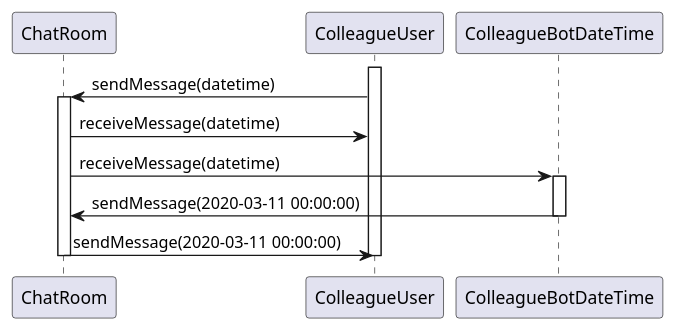
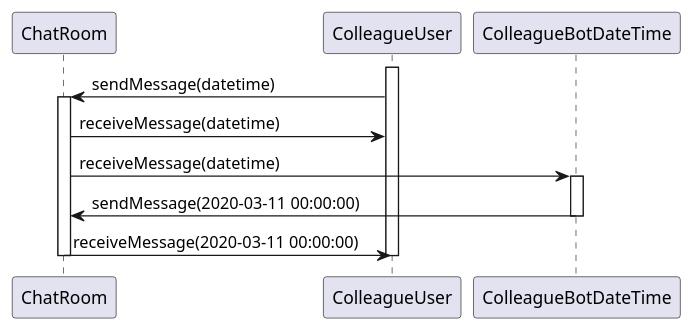
Before and after one commit to windowforsun/blog: the diagram in plantuml/designpattern/concept-mediator-3.plantuml, drawn with PlantUML. The commit also changed 1 other file, not shown here.

Commit message:
mediator 패턴 스퀀스다이어그램 오타 수정

```diff
--- a/plantuml/designpattern/concept-mediator-3.plantuml
+++ b/plantuml/designpattern/concept-mediator-3.plantuml
@@ -1,23 +1,23 @@
 @startuml
 
 participant ChatRoom
 participant ColleagueUser
 participant ColleagueBotDateTime
 
 activate ColleagueUser
 ColleagueUser -> ChatRoom : sendMessage(datetime)
 activate ChatRoom
 
 ChatRoom -> ColleagueUser : receiveMessage(datetime)
 ChatRoom -> ColleagueBotDateTime : receiveMessage(datetime)
 activate ColleagueBotDateTime
 
 ColleagueBotDateTime -> ChatRoom : sendMessage(2020-03-11 00:00:00)
 deactivate ColleagueBotDateTime
 
-ChatRoom -> ColleagueUser : sendMessage(2020-03-11 00:00:00)
+ChatRoom -> ColleagueUser : receiveMessage(2020-03-11 00:00:00)
 deactivate ChatRoom
 
 deactivate ColleagueUser
 
 @enduml
```
